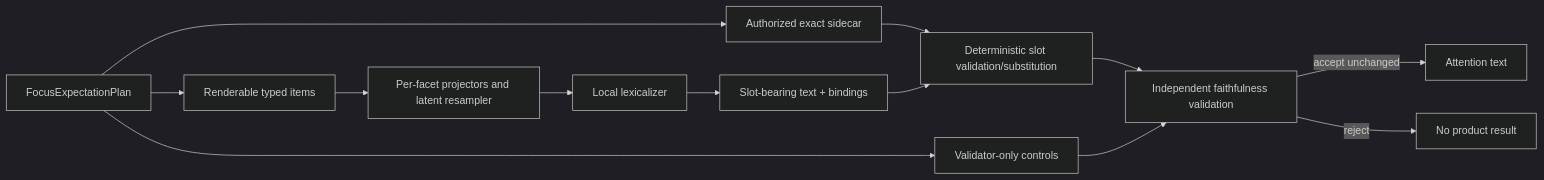
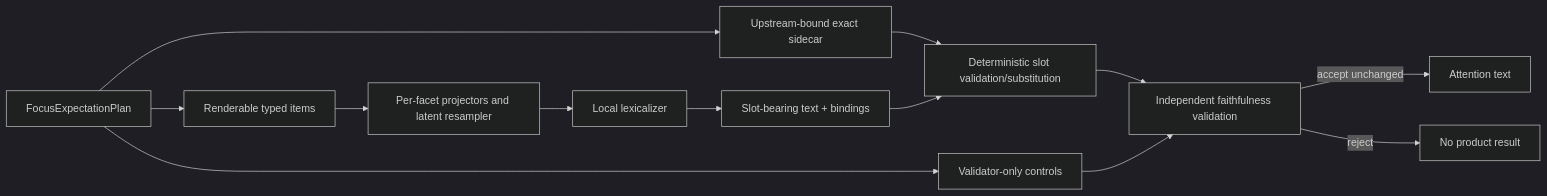
One commit to Lamentis-operating-systems/nemosyne changed the second of 2 diagrams in docs/specifications/focus-and-expectation-planning.md. Above: the diagram before and after it, drawn with Mermaid (dark theme). The commit also changed other lines of this file and 5 other files, not shown here.

````diff
--- a/docs/specifications/focus-and-expectation-planning.md
+++ b/docs/specifications/focus-and-expectation-planning.md
@@ -922,15 +1008,15 @@
 ```mermaid
 flowchart LR
     P["FocusExpectationPlan"] --> R["Renderable typed items"]
     P --> V["Validator-only controls"]
-    P --> S["Authorized exact sidecar"]
+    P --> S["Upstream-bound exact sidecar"]
     R --> X["Per-facet projectors and latent resampler"]
     X --> L["Local lexicalizer"]
     L --> T["Slot-bearing text + bindings"]
     S --> SUB["Deterministic slot validation/substitution"]
     T --> SUB
     SUB --> F["Independent faithfulness validation"]
     V --> F
     F -->|accept unchanged| O["Attention text"]
     F -->|reject| E["No product result"]
 ```
````
